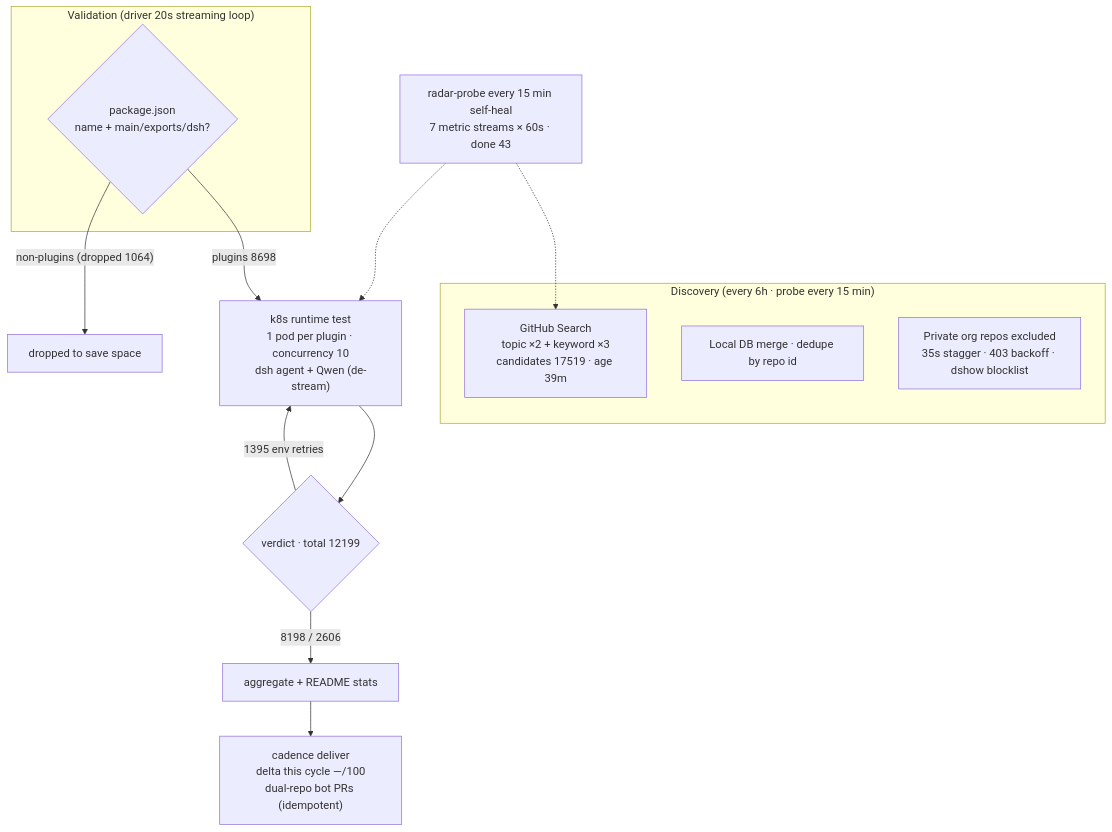
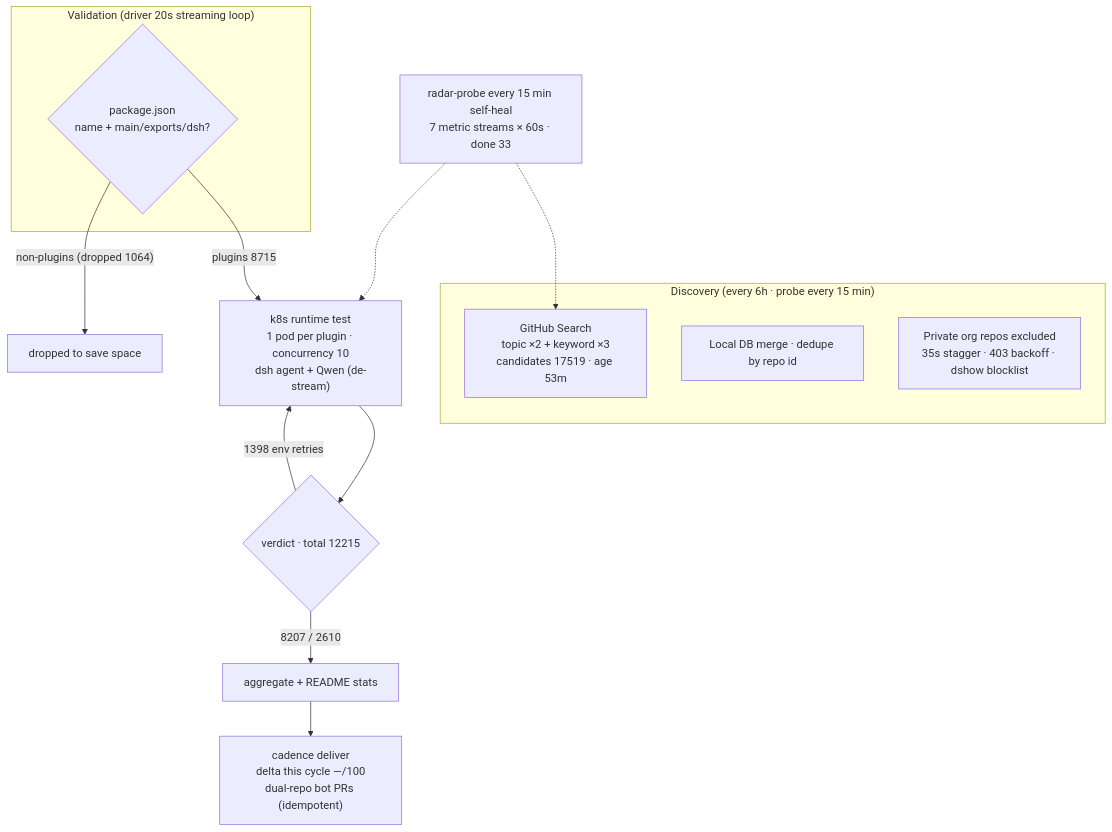
One commit to AdamPlatin123/awesome-dsh-plugins changed the diagram in README.en-US.md. Above: the diagram before and after it, drawn with Mermaid. The commit also changed other lines of this file and 5 other files, not shown here.

````diff
--- a/README.en-US.md
+++ b/README.en-US.md
@@ -45,20 +45,20 @@
 ```mermaid
 flowchart TB
     subgraph Discovery["Discovery (every 6h · probe every 15 min)"]
-        A1["GitHub Search<br/>topic ×2 + keyword ×3<br/>candidates 17519 · age 39m"]
+        A1["GitHub Search<br/>topic ×2 + keyword ×3<br/>candidates 17519 · age 53m"]
         A2["Local DB merge · dedupe by repo id"]
         A3["Private org repos excluded<br/>35s stagger · 403 backoff · dshow blocklist"]
     end
     subgraph Validation["Validation (driver 20s streaming loop)"]
         B1{"package.json<br/>name + main/exports/dsh?"}
     end
-    B1 -->|"plugins 8698"| C1["k8s runtime test<br/>1 pod per plugin · concurrency 10<br/>dsh agent + Qwen (de-stream)"]
+    B1 -->|"plugins 8715"| C1["k8s runtime test<br/>1 pod per plugin · concurrency 10<br/>dsh agent + Qwen (de-stream)"]
     B1 -->|"non-plugins (dropped 1064)"| B3["dropped to save space"]
-    C1 --> D1{"verdict · total 12199"}
-    D1 -->|"8198 / 2606"| E1["aggregate + README stats"]
-    D1 -->|"1395 env retries"| C1
+    C1 --> D1{"verdict · total 12215"}
+    D1 -->|"8207 / 2610"| E1["aggregate + README stats"]
+    D1 -->|"1398 env retries"| C1
     E1 --> E2["cadence deliver<br/>delta this cycle —/100<br/>dual-repo bot PRs (idempotent)"]
-    M["radar-probe every 15 min self-heal<br/>7 metric streams × 60s · done 43"]
+    M["radar-probe every 15 min self-heal<br/>7 metric streams × 60s · done 33"]
     M -.-> A1
     M -.-> C1
 ```
````
